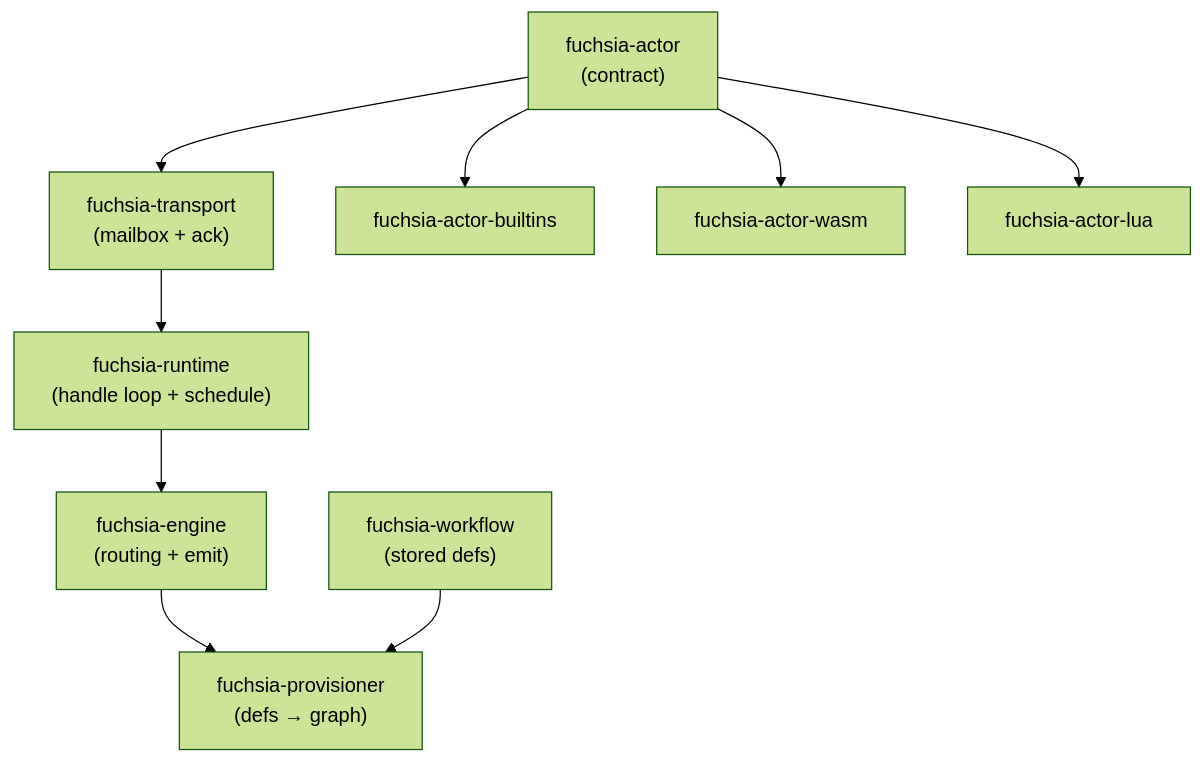
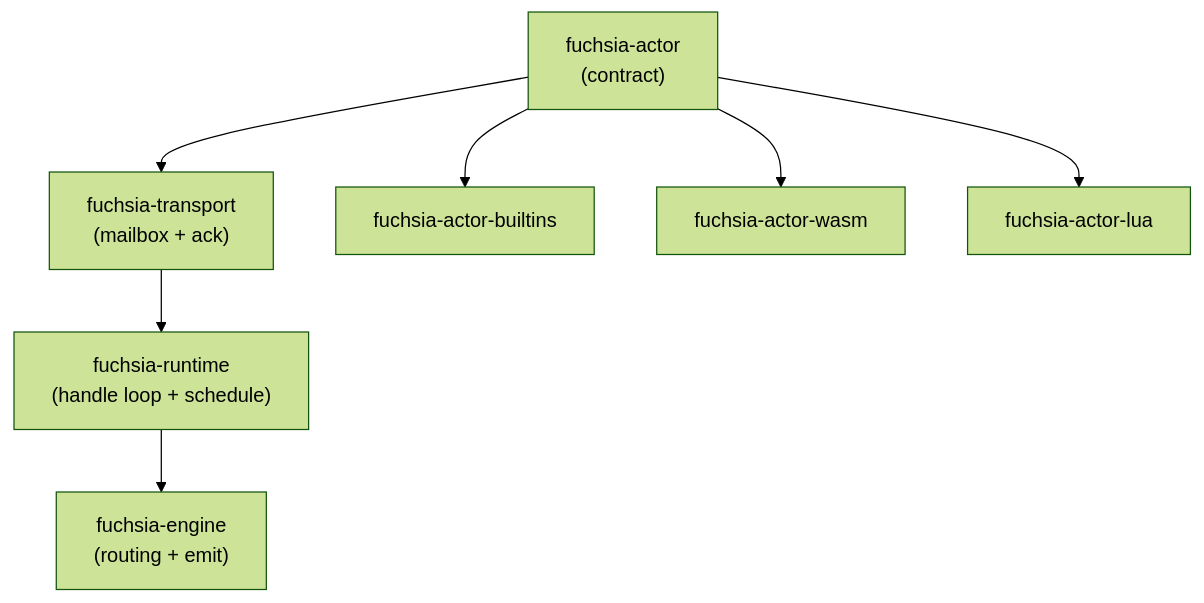
The diagram in docs/book/src/reference/crate-map.md (definitelycarter/fuchsia), drawn with Mermaid (forest theme) before and after one commit. The commit also changed other lines of this file and 24 other files, not shown here.

First line of the commit message:
Remove fuchsia-workflow and fuchsia-provisioner crates

````diff
--- a/docs/book/src/reference/crate-map.md
+++ b/docs/book/src/reference/crate-map.md
@@ -24,21 +22,17 @@
 ```mermaid
 graph TD
     Actor["fuchsia-actor<br/>(contract)"]
     Transport["fuchsia-transport<br/>(mailbox + ack)"]
     Runtime["fuchsia-runtime<br/>(handle loop + schedule)"]
     Engine["fuchsia-engine<br/>(routing + emit)"]
-    Workflow["fuchsia-workflow<br/>(stored defs)"]
-    Provisioner["fuchsia-provisioner<br/>(defs → graph)"]
     Builtins["fuchsia-actor-builtins"]
     Wasm["fuchsia-actor-wasm"]
     Lua["fuchsia-actor-lua"]
 
     Actor --> Transport
     Actor --> Builtins
     Actor --> Wasm
     Actor --> Lua
     Transport --> Runtime
     Runtime --> Engine
-    Engine --> Provisioner
-    Workflow --> Provisioner
 ```
````
